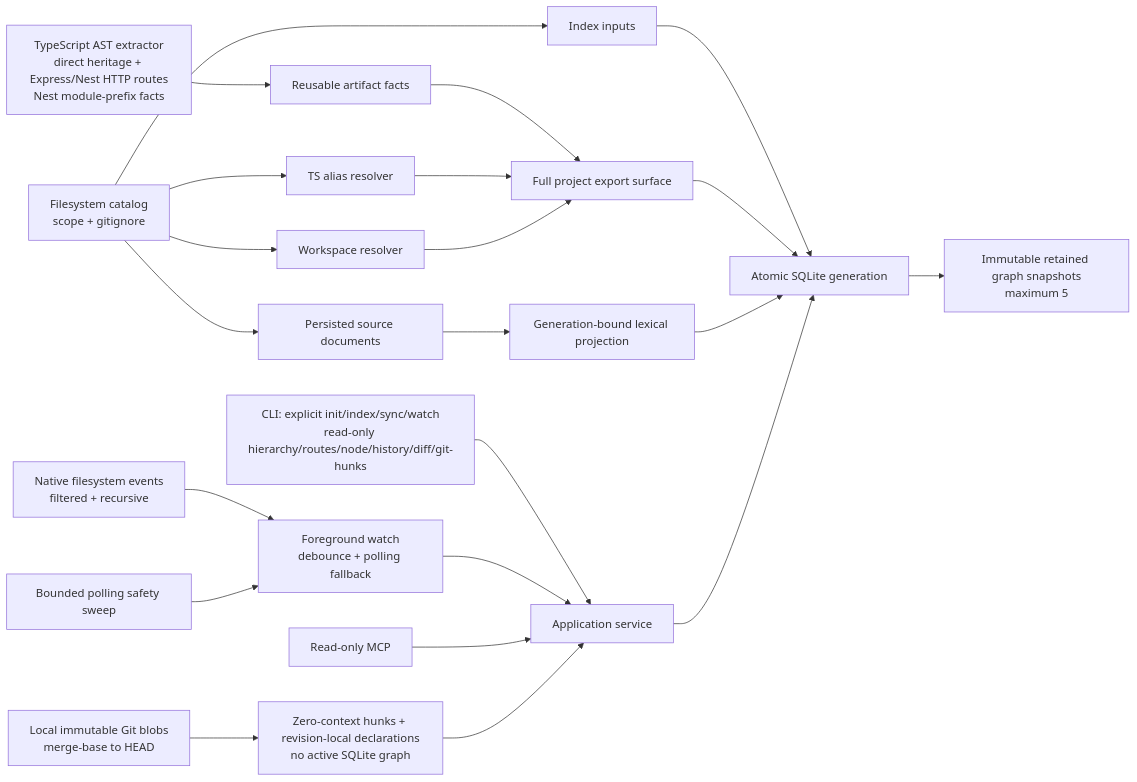
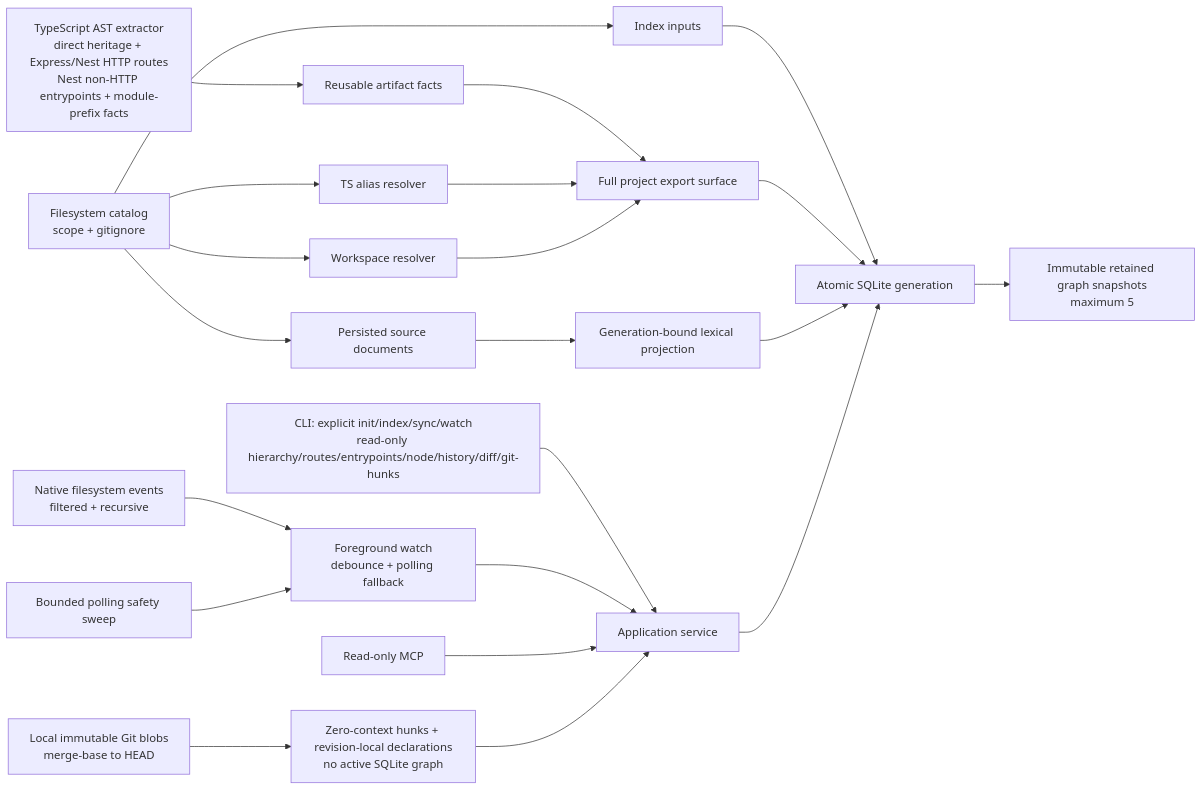
The diagram in README.md (HsinPu/SymbolLattice), drawn with Mermaid before and after one commit. The commit also changed other lines of this file and 18 other files, not shown here.

````diff
--- a/README.md
+++ b/README.md
@@ -608,23 +664,23 @@
 ```mermaid
 flowchart LR
-  CLI["CLI: explicit init/index/sync/watch\nread-only hierarchy/routes/node/history/diff/git-hunks"] --> App["Application service"]
+  CLI["CLI: explicit init/index/sync/watch\nread-only hierarchy/routes/entrypoints/node/history/diff/git-hunks"] --> App["Application service"]
   Native["Native filesystem events\nfiltered + recursive"] --> Watch["Foreground watch\ndebounce + polling fallback"]
   Timer["Bounded polling safety sweep"] --> Watch
   Watch --> App
   MCP["Read-only MCP"] --> App
   Git["Local immutable Git blobs\nmerge-base to HEAD"] --> GitHunks["Zero-context hunks + revision-local declarations\nno active SQLite graph"] --> App
   Catalog["Filesystem catalog\nscope + gitignore"] --> Inputs["Index inputs"]
   Catalog --> TS["TS alias resolver"]
   Catalog --> WS["Workspace resolver"]
-  Extractor["TypeScript AST extractor\ndirect heritage + Express/Nest HTTP routes\nNest module-prefix facts"] --> Facts["Reusable artifact facts"]
+  Extractor["TypeScript AST extractor\ndirect heritage + Express/Nest HTTP routes\nNest non-HTTP entrypoints + module-prefix facts"] --> Facts["Reusable artifact facts"]
   Catalog --> SourceDocs["Persisted source documents"]
   SourceDocs --> Retrieval["Generation-bound lexical projection"]
   Facts --> Resolver["Full project export surface"]
   TS --> Resolver
   WS --> Resolver
   Inputs --> SQLite["Atomic SQLite generation"]
   Resolver --> SQLite
   Retrieval --> SQLite
   SQLite --> Retained["Immutable retained graph snapshots\nmaximum 5"]
   App --> SQLite
 ```
````
